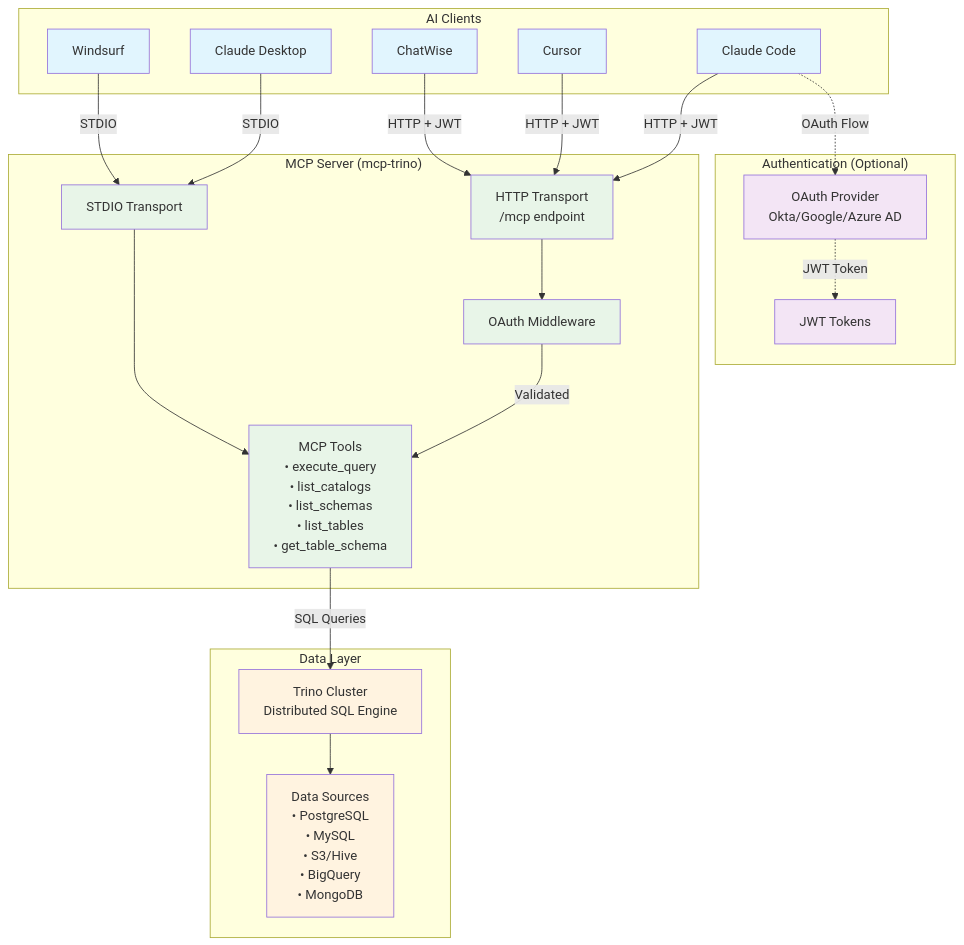
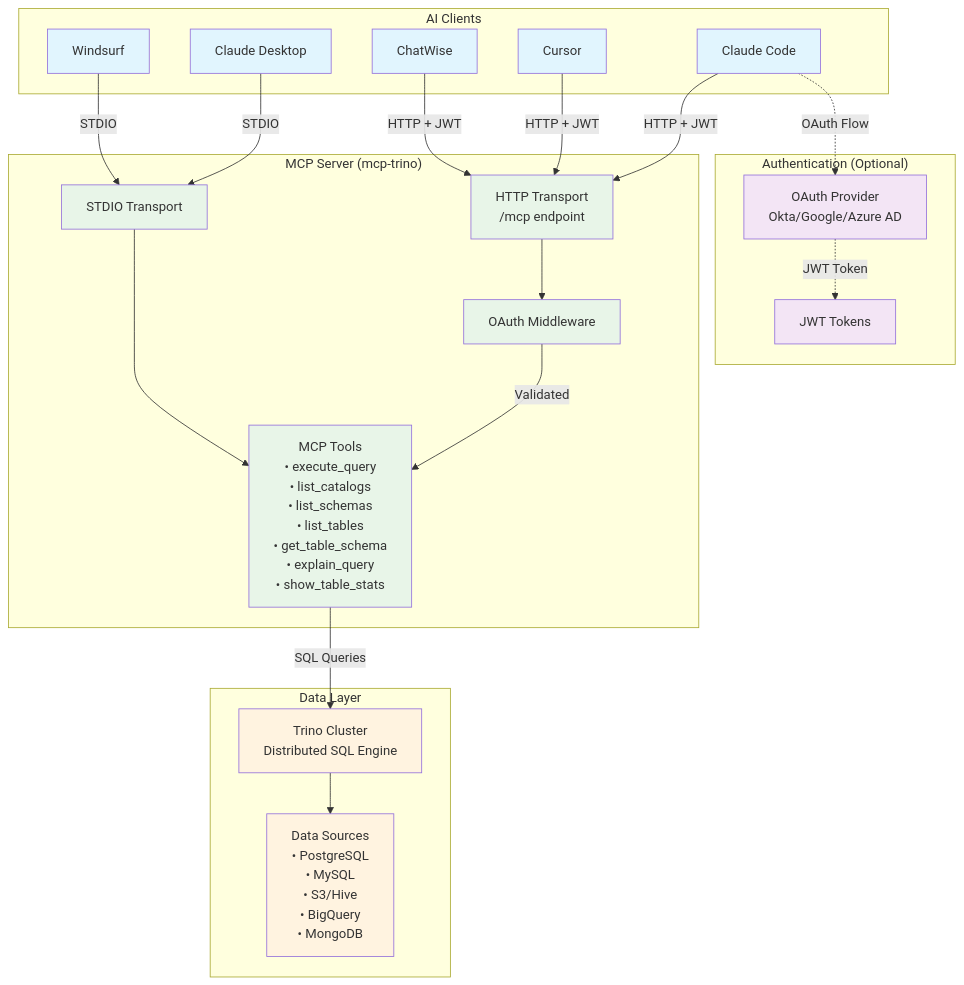
The diagram in README.md (tuannvm/mcp-trino), drawn with Mermaid before and after one commit. The commit also changed other lines of this file, not shown here.

Commit message:
docs: update README with new MCP tools explanation

````diff
--- a/README.md
+++ b/README.md
@@ -26,55 +26,55 @@
 ```mermaid
 graph TB
     subgraph "AI Clients"
         CC[Claude Code]
         CD[Claude Desktop]
         CR[Cursor]
         WS[Windsurf]
         CW[ChatWise]
     end
     
     subgraph "Authentication (Optional)"
         OP[OAuth Provider<br/>Okta/Google/Azure AD]
         JWT[JWT Tokens]
     end
     
     subgraph "MCP Server (mcp-trino)"
         HTTP[HTTP Transport<br/>/mcp endpoint]
         STDIO[STDIO Transport]
         AUTH[OAuth Middleware]
-        TOOLS[MCP Tools<br/>• execute_query<br/>• list_catalogs<br/>• list_schemas<br/>• list_tables<br/>• get_table_schema]
+        TOOLS[MCP Tools<br/>• execute_query<br/>• list_catalogs<br/>• list_schemas<br/>• list_tables<br/>• get_table_schema<br/>• explain_query<br/>• show_table_stats]
     end
     
     subgraph "Data Layer"
         TRINO[Trino Cluster<br/>Distributed SQL Engine]
         CATALOGS[Data Sources<br/>• PostgreSQL<br/>• MySQL<br/>• S3/Hive<br/>• BigQuery<br/>• MongoDB]
     end
     
     %% Connections
     CC -.->|OAuth Flow| OP
     OP -.->|JWT Token| JWT
     
     CC -->|HTTP + JWT| HTTP
     CD -->|STDIO| STDIO
     CR -->|HTTP + JWT| HTTP
     WS -->|STDIO| STDIO
     CW -->|HTTP + JWT| HTTP
     
     HTTP --> AUTH
     AUTH -->|Validated| TOOLS
     STDIO --> TOOLS
     
     TOOLS -->|SQL Queries| TRINO
     TRINO --> CATALOGS
     
     %% Styling
     classDef client fill:#e1f5fe
     classDef auth fill:#f3e5f5
     classDef server fill:#e8f5e8
     classDef data fill:#fff3e0
     
     class CC,CD,CR,WS,CW client
     class OP,JWT auth
     class HTTP,STDIO,AUTH,TOOLS server
     class TRINO,CATALOGS data
 ```
````
